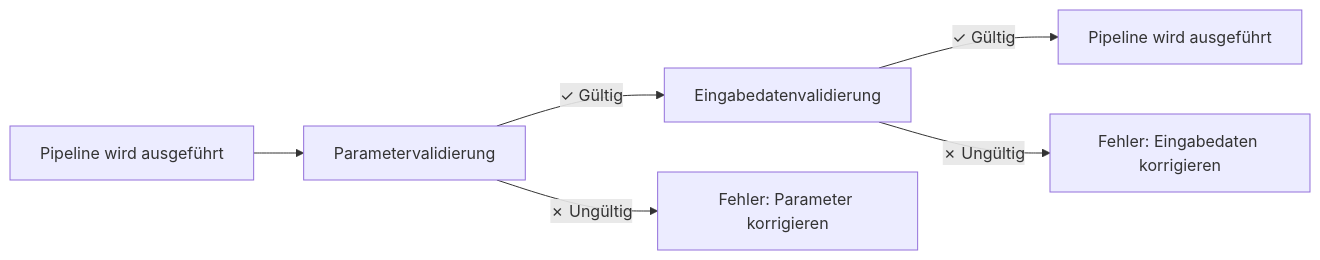
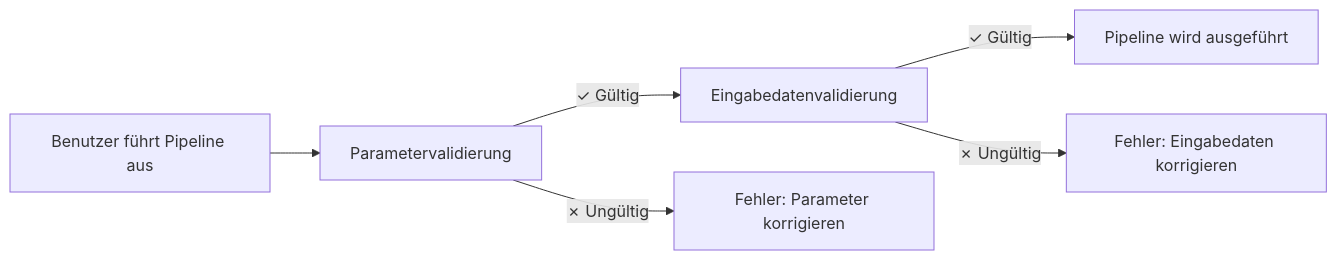
Before and after one commit to nextflow-io/training: the diagram in docs/de/docs/hello_nf-core/05_input_validation.md, drawn with Mermaid. The commit also changed other lines of this file and 618 other files, not shown here.

````diff
--- a/docs/de/docs/hello_nf-core/05_input_validation.md
+++ b/docs/de/docs/hello_nf-core/05_input_validation.md
@@ -126,8 +126,8 @@
 ```mermaid
 graph LR
-    A[Pipeline wird ausgeführt] --> B[Parametervalidierung]
+    A[Benutzer führt Pipeline aus] --> B[Parametervalidierung]
     B -->|✓ Gültig| C[Eingabedatenvalidierung]
     B -->|✗ Ungültig| D[Fehler: Parameter korrigieren]
     C -->|✓ Gültig| E[Pipeline wird ausgeführt]
     C -->|✗ Ungültig| F[Fehler: Eingabedaten korrigieren]
 ```
````
